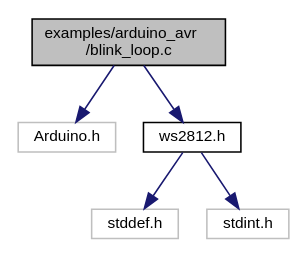
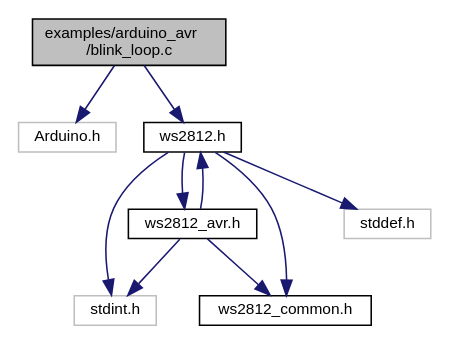
One commit to CTXz/TinyWS2812 changed the diagram in docs/arduino__avr_2blink__loop_8c__incl.dot. Above: the diagram before and after it, drawn with Graphviz. The commit also changed 97 other files, not shown here.

```diff
--- a/docs/arduino__avr_2blink__loop_8c__incl.dot
+++ b/docs/arduino__avr_2blink__loop_8c__incl.dot
@@ -1,15 +1,22 @@
 digraph "examples/arduino_avr/blink_loop.c"
 {
  // LATEX_PDF_SIZE
   edge [fontname="Helvetica",fontsize="10",labelfontname="Helvetica",labelfontsize="10"];
   node [fontname="Helvetica",fontsize="10",shape=record];
-  Node1 [label="examples/arduino_avr\l/blink_loop.c",height=0.2,width=0.4,color="black", fillcolor="grey75", style="filled", fontcolor="black",tooltip="Blinks one or more WS2812 strips using a more memory efficient method than the blink_array...."];
+  Node1 [label="examples/arduino_avr\l/blink_loop.c",height=0.2,width=0.4,color="black", fillcolor="grey75", style="filled", fontcolor="black",tooltip="Blinks one or more WS2812 devices using a more memory efficient method than the blink_array...."];
   Node1 -> Node2 [color="midnightblue",fontsize="10",style="solid",fontname="Helvetica"];
   Node2 [label="Arduino.h",height=0.2,width=0.4,color="grey75", fillcolor="white", style="filled",tooltip=" "];
   Node1 -> Node3 [color="midnightblue",fontsize="10",style="solid",fontname="Helvetica"];
   Node3 [label="ws2812.h",height=0.2,width=0.4,color="black", fillcolor="white", style="filled",URL="$ws2812_8h.html",tooltip="Exposes the Tiny-WS2812 driver interface."];
   Node3 -> Node4 [color="midnightblue",fontsize="10",style="solid",fontname="Helvetica"];
-  Node4 [label="stddef.h",height=0.2,width=0.4,color="grey75", fillcolor="white", style="filled",tooltip=" "];
+  Node4 [label="ws2812_avr.h",height=0.2,width=0.4,color="black", fillcolor="white", style="filled",URL="$ws2812__avr_8h.html",tooltip="Provides AVR platform specific definitions."];
+  Node4 -> Node5 [color="midnightblue",fontsize="10",style="solid",fontname="Helvetica"];
+  Node5 [label="stdint.h",height=0.2,width=0.4,color="grey75", fillcolor="white", style="filled",tooltip=" "];
+  Node4 -> Node6 [color="midnightblue",fontsize="10",style="solid",fontname="Helvetica"];
+  Node6 [label="ws2812_common.h",height=0.2,width=0.4,color="black", fillcolor="white", style="filled",URL="$ws2812__common_8h.html",tooltip="Definitions required by all platform specific headers."];
+  Node4 -> Node3 [color="midnightblue",fontsize="10",style="solid",fontname="Helvetica"];
+  Node3 -> Node7 [color="midnightblue",fontsize="10",style="solid",fontname="Helvetica"];
+  Node7 [label="stddef.h",height=0.2,width=0.4,color="grey75", fillcolor="white", style="filled",tooltip=" "];
   Node3 -> Node5 [color="midnightblue",fontsize="10",style="solid",fontname="Helvetica"];
-  Node5 [label="stdint.h",height=0.2,width=0.4,color="grey75", fillcolor="white", style="filled",tooltip=" "];
+  Node3 -> Node6 [color="midnightblue",fontsize="10",style="solid",fontname="Helvetica"];
 }
```
